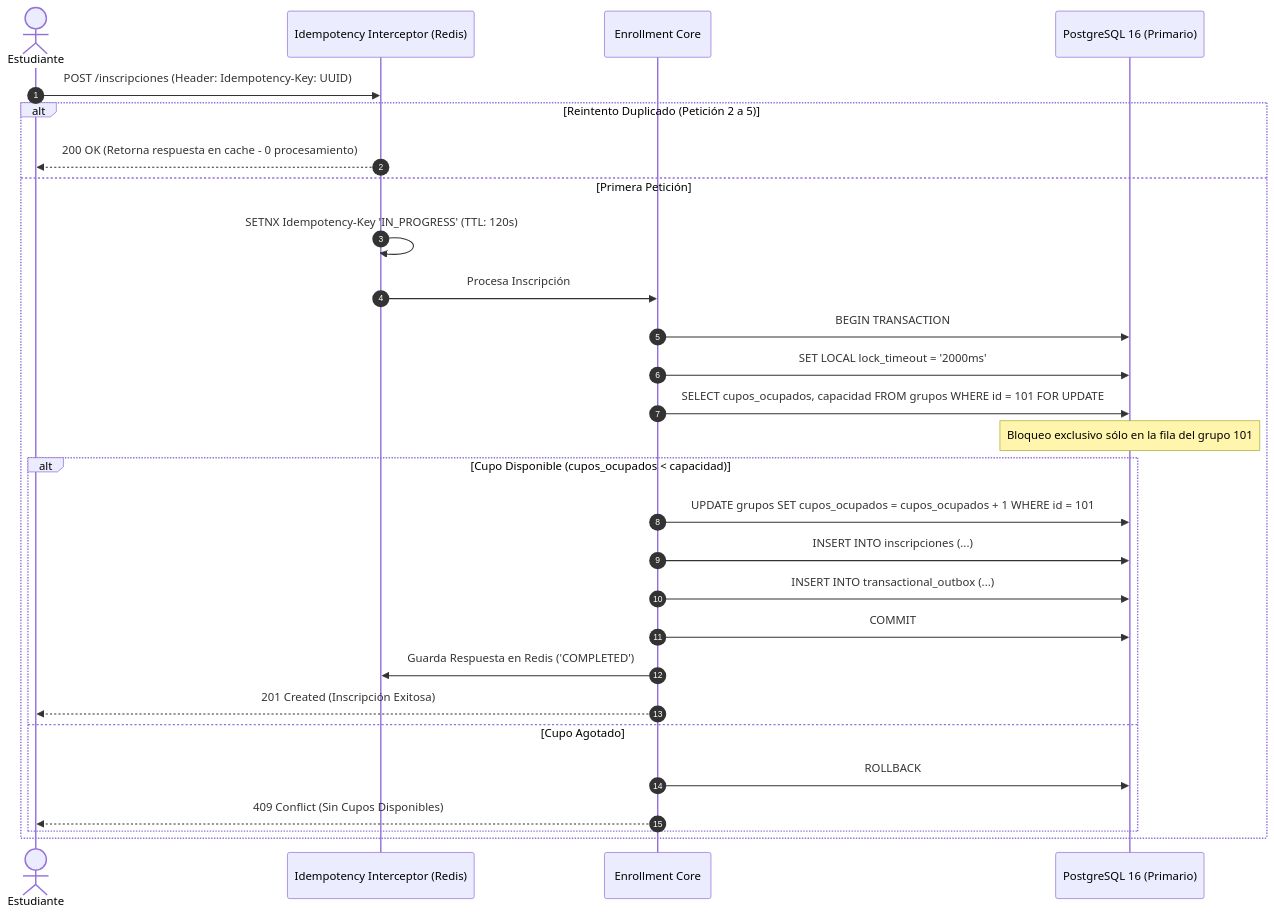
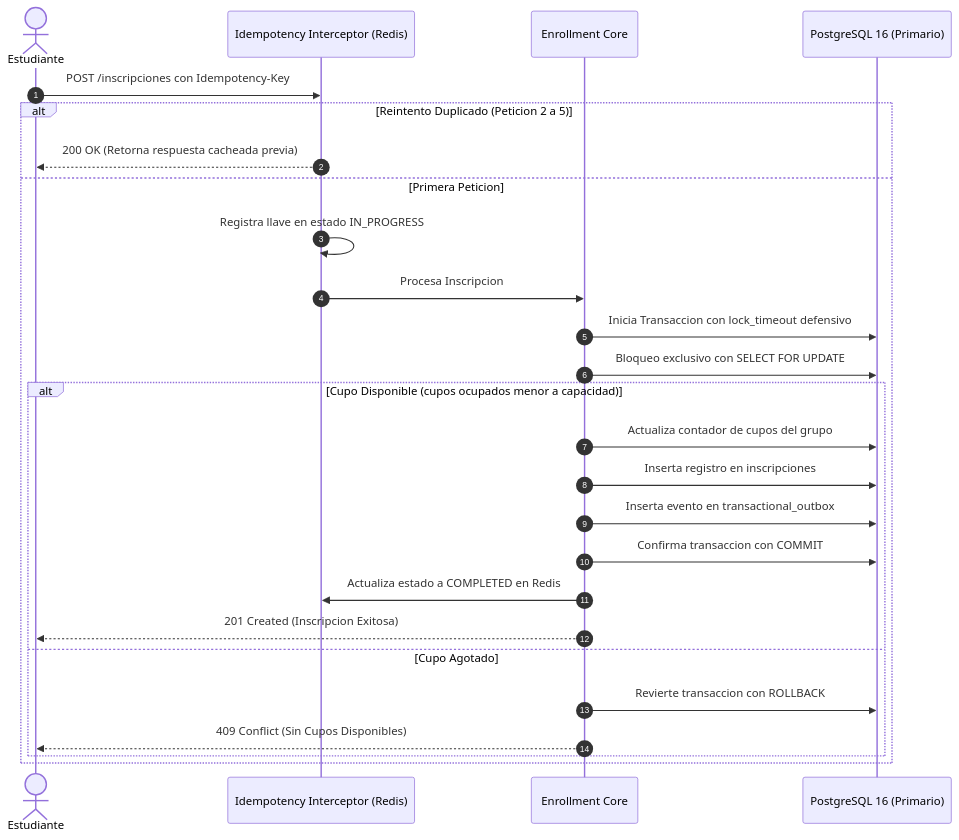
The third of 4 diagrams in docs/actividad4.md (aluengas98/parcial2_aluengas98), drawn with Mermaid before and after one commit. The commit also changed other lines of this file and 2 other files, not shown here.

Commit message:
fix(diagrams): sanitizacion exhaustiva de sintaxis mermaid en todas las actividades

````diff
--- a/docs/actividad4.md
+++ b/docs/actividad4.md
@@ -119,33 +119,31 @@
 ```mermaid
 sequenceDiagram
     autonumber
     actor Estudiante
     participant Interceptor as Idempotency Interceptor (Redis)
     participant Core as Enrollment Core
     participant DB as PostgreSQL 16 (Primario)
 
-    Estudiante->>Interceptor: POST /inscripciones (Header: Idempotency-Key: UUID)
+    Estudiante->>Interceptor: POST /inscripciones con Idempotency-Key
     
-    alt Reintento Duplicado (Petición 2 a 5)
-        Interceptor-->>Estudiante: 200 OK (Retorna respuesta en cache - 0 procesamiento)
-    else Primera Petición
-        Interceptor->>Interceptor: SETNX Idempotency-Key 'IN_PROGRESS' (TTL: 120s)
-        Interceptor->>Core: Procesa Inscripción
-        Core->>DB: BEGIN TRANSACTION
-        Core->>DB: SET LOCAL lock_timeout = '2000ms'
-        Core->>DB: SELECT cupos_ocupados, capacidad FROM grupos WHERE id = 101 FOR UPDATE
-        Note over DB: Bloqueo exclusivo sólo en la fila del grupo 101
+    alt Reintento Duplicado (Peticion 2 a 5)
+        Interceptor-->>Estudiante: 200 OK (Retorna respuesta cacheada previa)
+    else Primera Peticion
+        Interceptor->>Interceptor: Registra llave en estado IN_PROGRESS
+        Interceptor->>Core: Procesa Inscripcion
+        Core->>DB: Inicia Transaccion con lock_timeout defensivo
+        Core->>DB: Bloqueo exclusivo con SELECT FOR UPDATE
         
-        alt Cupo Disponible (cupos_ocupados < capacidad)
-            Core->>DB: UPDATE grupos SET cupos_ocupados = cupos_ocupados + 1 WHERE id = 101
-            Core->>DB: INSERT INTO inscripciones (...)
-            Core->>DB: INSERT INTO transactional_outbox (...)
-            Core->>DB: COMMIT
-            Core->>Interceptor: Guarda Respuesta en Redis ('COMPLETED')
-            Core-->>Estudiante: 201 Created (Inscripción Exitosa)
+        alt Cupo Disponible (cupos ocupados menor a capacidad)
+            Core->>DB: Actualiza contador de cupos del grupo
+            Core->>DB: Inserta registro en inscripciones
+            Core->>DB: Inserta evento en transactional_outbox
+            Core->>DB: Confirma transaccion con COMMIT
+            Core->>Interceptor: Actualiza estado a COMPLETED en Redis
+            Core-->>Estudiante: 201 Created (Inscripcion Exitosa)
         else Cupo Agotado
-            Core->>DB: ROLLBACK
+            Core->>DB: Revierte transaccion con ROLLBACK
             Core-->>Estudiante: 409 Conflict (Sin Cupos Disponibles)
         end
     end
 ```
````
